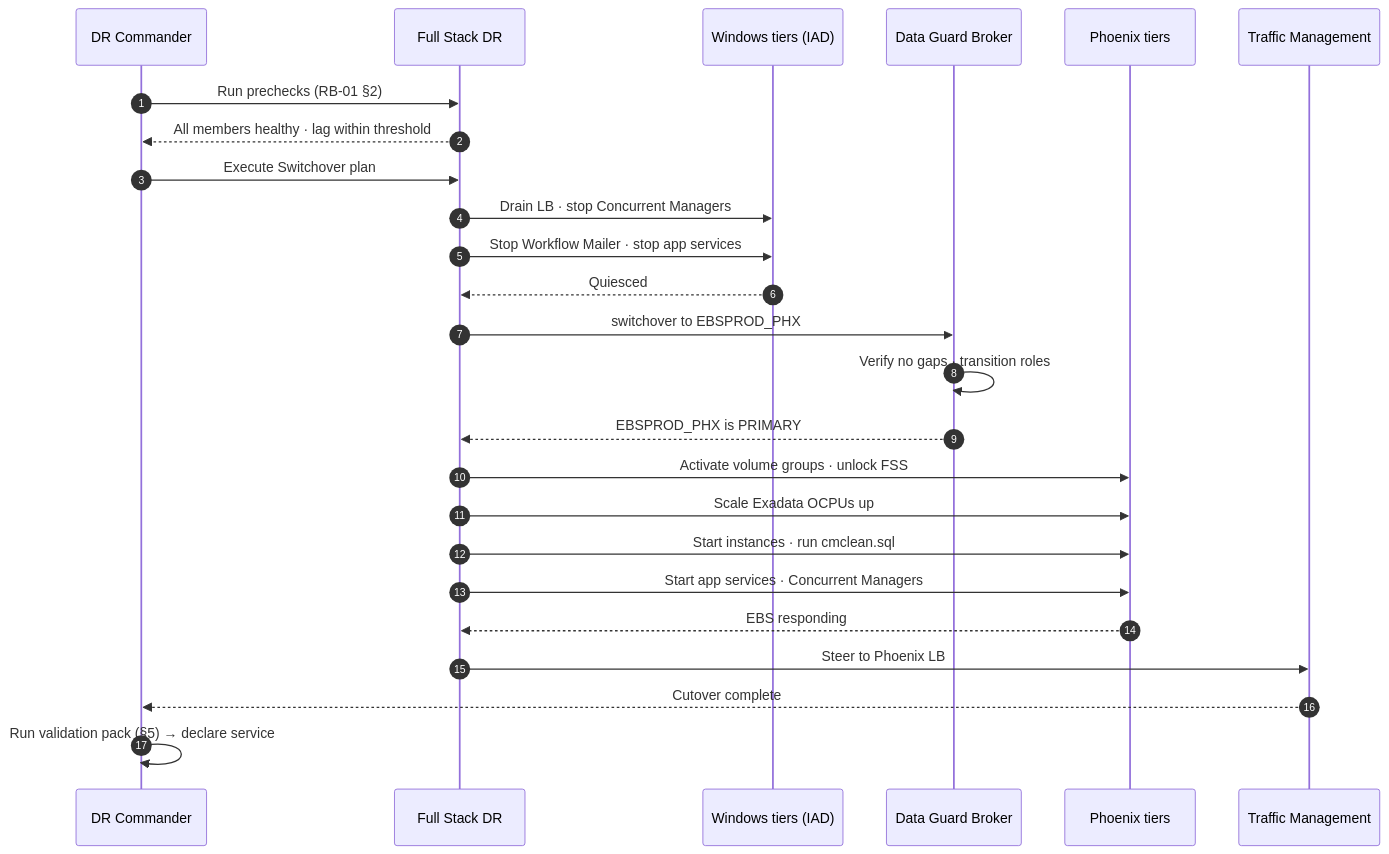
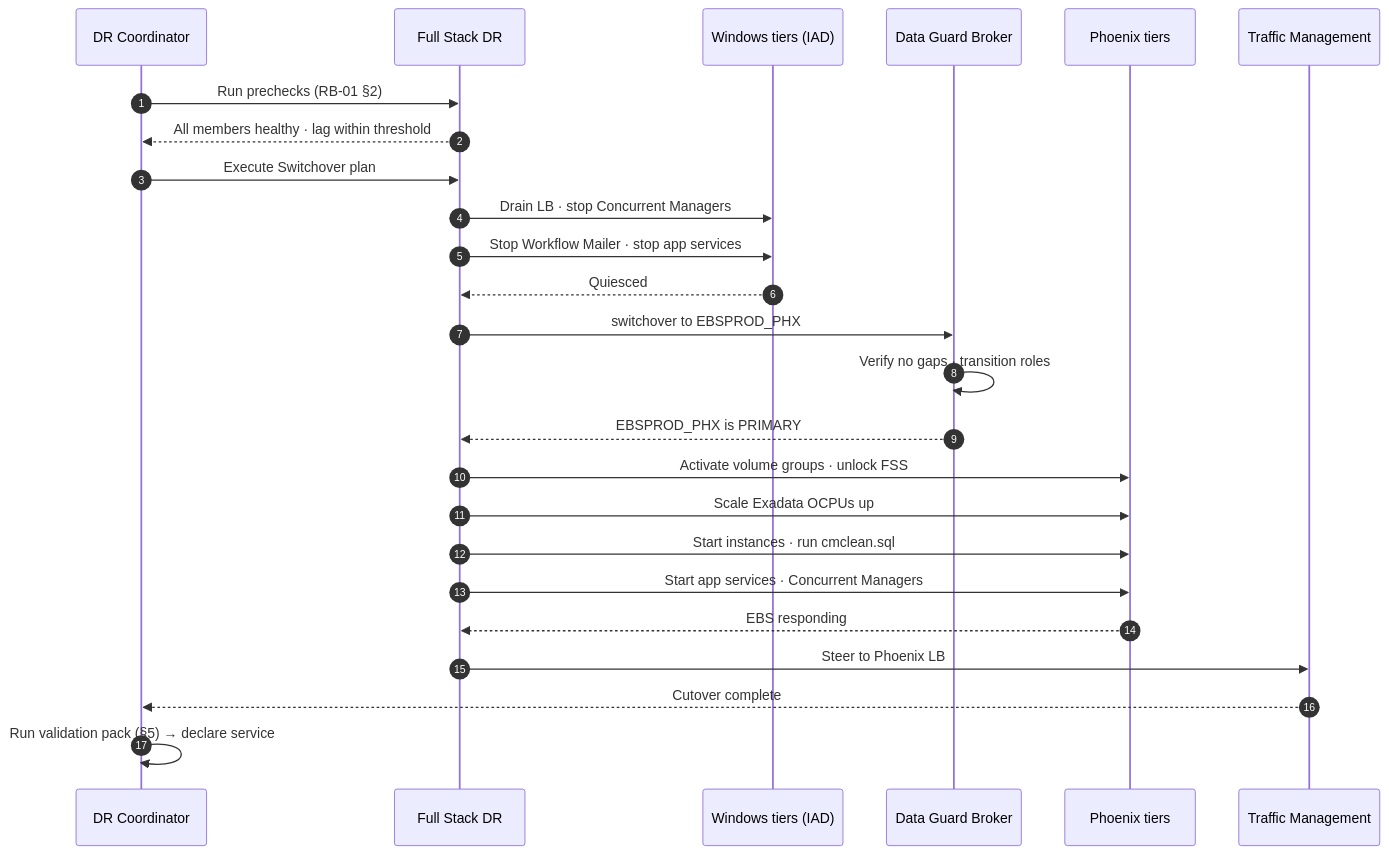
Before and after one commit to opscontinuum/oci-itscp: the diagram in runbooks/RB-01-switchover.md, drawn with Mermaid. The commit also changed other lines of this file and 40 other files, not shown here.

````diff
--- a/runbooks/RB-01-switchover.md
+++ b/runbooks/RB-01-switchover.md
@@ -12,28 +12,28 @@
 ```mermaid
 sequenceDiagram
     autonumber
-    participant OPS as DR Commander
+    participant OPS as DR Coordinator
     participant FSDR as Full Stack DR
     participant APP as Windows tiers (IAD)
     participant DG as Data Guard Broker
     participant PHX as Phoenix tiers
     participant DNS as Traffic Management
 
     OPS->>FSDR: Run prechecks (RB-01 §2)
     FSDR-->>OPS: All members healthy · lag within threshold
     OPS->>FSDR: Execute Switchover plan
     FSDR->>APP: Drain LB · stop Concurrent Managers
     FSDR->>APP: Stop Workflow Mailer · stop app services
     APP-->>FSDR: Quiesced
     FSDR->>DG: switchover to EBSPROD_PHX
     DG->>DG: Verify no gaps · transition roles
     DG-->>FSDR: EBSPROD_PHX is PRIMARY
     FSDR->>PHX: Activate volume groups · unlock FSS
     FSDR->>PHX: Scale Exadata OCPUs up
     FSDR->>PHX: Start instances · run cmclean.sql
     FSDR->>PHX: Start app services · Concurrent Managers
     PHX-->>FSDR: EBS responding
     FSDR->>DNS: Steer to Phoenix LB
     DNS-->>OPS: Cutover complete
     OPS->>OPS: Run validation pack (§5) → declare service
 ```
````
